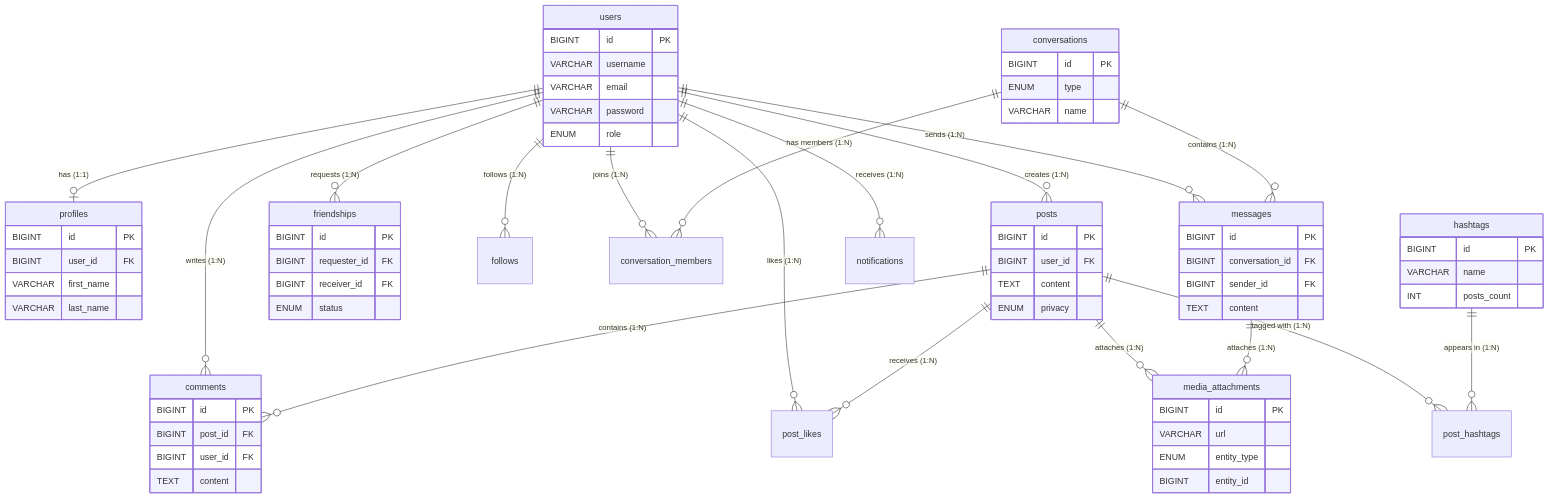
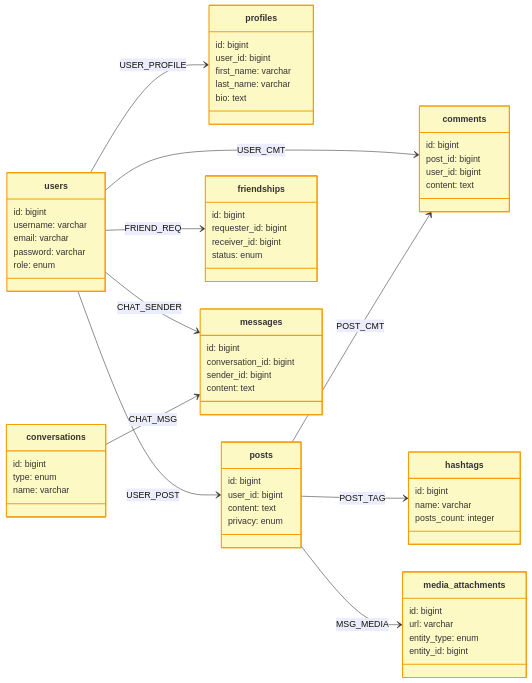
Before and after one commit to akira3175/Astra-Social: the diagram in docs/report/c2.md, drawn with Mermaid. The commit also changed other lines of this file, not shown here.

Commit message:
adjust report docs

````diff
--- a/docs/report/c2.md
+++ b/docs/report/c2.md
@@ -95,78 +95,90 @@
 ```mermaid
-erDiagram
-    users ||--o| profiles : "has (1:1)"
-    users ||--o{ posts : "creates (1:N)"
-    users ||--o{ comments : "writes (1:N)"
-    users ||--o{ post_likes : "likes (1:N)"
-    users ||--o{ friendships : "requests (1:N)"
-    users ||--o{ follows : "follows (1:N)"
-    users ||--o{ conversation_members : "joins (1:N)"
-    users ||--o{ messages : "sends (1:N)"
-    users ||--o{ notifications : "receives (1:N)"
+classDiagram
+    direction LR
 
-    posts ||--o{ comments : "contains (1:N)"
-    posts ||--o{ post_likes : "receives (1:N)"
-    posts ||--o{ media_attachments : "attaches (1:N)"
-    posts ||--o{ post_hashtags : "tagged with (1:N)"
+    class users {
+        id: bigint
+        username: varchar
+        email: varchar
+        password: varchar
+        role: enum
+    }
 
-    hashtags ||--o{ post_hashtags : "appears in (1:N)"
+    class profiles {
+        id: bigint
+        user_id: bigint
+        first_name: varchar
+        last_name: varchar
+        bio: text
+    }
 
-    conversations ||--o{ conversation_members : "has members (1:N)"
-    conversations ||--o{ messages : "contains (1:N)"
+    class posts {
+        id: bigint
+        user_id: bigint
+        content: text
+        privacy: enum
+    }
+
+    class comments {
+        id: bigint
+        post_id: bigint
+        user_id: bigint
+        content: text
+    }
+
+    class friendships {
+        id: bigint
+        requester_id: bigint
+        receiver_id: bigint
+        status: enum
+    }
+
+    class hashtags {
+        id: bigint
+        name: varchar
+        posts_count: integer
+    }
+
+    class conversations {
+        id: bigint
+        type: enum
+        name: varchar
+    }
+
+    class messages {
+        id: bigint
+        conversation_id: bigint
+        sender_id: bigint
+        content: text
+    }
+
+    class media_attachments {
+        id: bigint
+        url: varchar
+        entity_type: enum
+        entity_id: bigint
+    }
+
+    users --> profiles : USER_PROFILE
+    users --> posts : USER_POST
+    users --> comments : USER_CMT
+    users --> friendships : FRIEND_REQ
+    users --> messages : CHAT_SENDER
     
-    messages ||--o{ media_attachments : "attaches (1:N)"
+    posts --> comments : POST_CMT
+    posts --> hashtags : POST_TAG
+    posts --> media_attachments : MSG_MEDIA
 
-    users {
-        BIGINT id PK
-        VARCHAR username
-        VARCHAR email
-        VARCHAR password
-        ENUM role
-    }
-    profiles {
-        BIGINT id PK
-        BIGINT user_id FK
-        VARCHAR first_name
-        VARCHAR last_name
-    }
-    posts {
-        BIGINT id PK
-        BIGINT user_id FK
-        TEXT content
-        ENUM privacy
-    }
-    comments {
-        BIGINT id PK
-        BIGINT post_id FK
-        BIGINT user_id FK
-        TEXT content
-    }
-    friendships {
-        BIGINT id PK
-        BIGINT requester_id FK
-        BIGINT receiver_id FK
-        ENUM status
-    }
-    hashtags {
-        BIGINT id PK
-        VARCHAR name
-        INT posts_count
-    }
-    conversations {
-        BIGINT id PK
-        ENUM type
-        VARCHAR name
-    }
-    messages {
-        BIGINT id PK
-        BIGINT conversation_id FK
-        BIGINT sender_id FK
-        TEXT content
-    }
-    media_attachments {
-        BIGINT id PK
-        VARCHAR url
-        ENUM entity_type
-        BIGINT entity_id
-    }
+    conversations --> messages : CHAT_MSG
+
+    %% Style definition 
+    style users fill:#fdf9c4,stroke:#f59e0b,stroke-width:2px,color:#333
+    style profiles fill:#fdf9c4,stroke:#f59e0b,stroke-width:2px,color:#333
+    style posts fill:#fdf9c4,stroke:#f59e0b,stroke-width:2px,color:#333
+    style comments fill:#fdf9c4,stroke:#f59e0b,stroke-width:2px,color:#333
+    style friendships fill:#fdf9c4,stroke:#f59e0b,stroke-width:2px,color:#333
+    style hashtags fill:#fdf9c4,stroke:#f59e0b,stroke-width:2px,color:#333
+    style conversations fill:#fdf9c4,stroke:#f59e0b,stroke-width:2px,color:#333
+    style messages fill:#fdf9c4,stroke:#f59e0b,stroke-width:2px,color:#333
+    style media_attachments fill:#fdf9c4,stroke:#f59e0b,stroke-width:2px,color:#333
 ```
````
